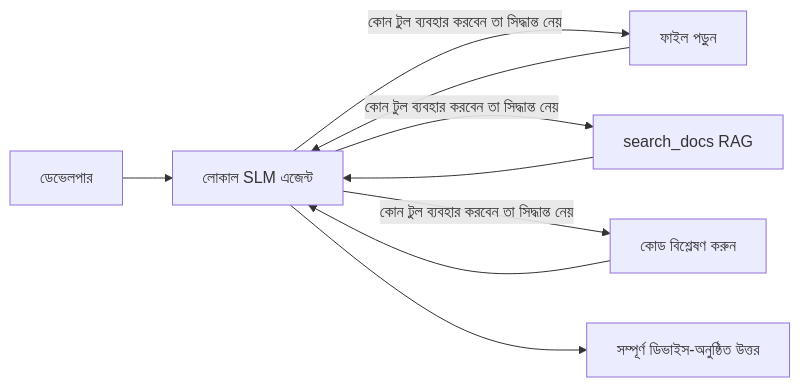
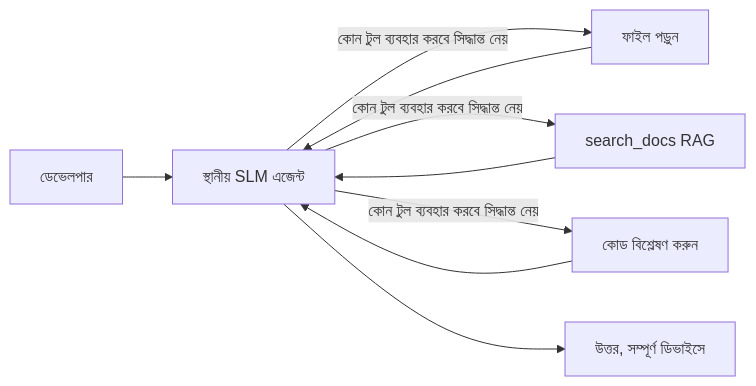
One commit to gabrielmoreira/agent-skills-mirror changed the first of 4 diagrams in mirrors/repos/microsoft@ai-agents-for-beginners/translations/bn/17-creating-local-ai-agents/README.md. Above: the diagram before and after it, drawn with Mermaid. The commit also changed other lines of this file and 4262 other files, not shown here.

````diff
--- a/mirrors/repos/microsoft@ai-agents-for-beginners/translations/bn/17-creating-local-ai-agents/README.md
+++ b/mirrors/repos/microsoft@ai-agents-for-beginners/translations/bn/17-creating-local-ai-agents/README.md
@@ -66,11 +66,11 @@
 ```mermaid
 flowchart LR
-    U[ডেভেলপার] --> A[লোকাল SLM এজেন্ট]
-    A -->|কোন টুল ব্যবহার করবেন তা সিদ্ধান্ত নেয়| T1[ফাইল পড়ুন]
-    A -->|কোন টুল ব্যবহার করবেন তা সিদ্ধান্ত নেয়| T2[search_docs RAG]
-    A -->|কোন টুল ব্যবহার করবেন তা সিদ্ধান্ত নেয়| T3[কোড বিশ্লেষণ করুন]
+    U[ডেভেলপার] --> A[স্থানীয় SLM এজেন্ট]
+    A -->|কোন টুল ব্যবহার করবে সিদ্ধান্ত নেয়| T1[ফাইল পড়ুন]
+    A -->|কোন টুল ব্যবহার করবে সিদ্ধান্ত নেয়| T2[search_docs RAG]
+    A -->|কোন টুল ব্যবহার করবে সিদ্ধান্ত নেয়| T3[কোড বিশ্লেষণ করুন]
     T1 --> A
     T2 --> A
     T3 --> A
-    A --> R[সম্পূর্ণ ডিভাইস-অনুষ্ঠিত উত্তর]
+    A --> R[উত্তর, সম্পূর্ণ ডিভাইসে]
 ```
````
